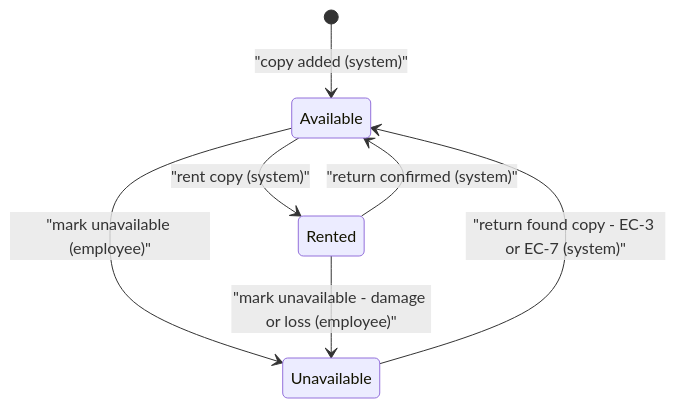
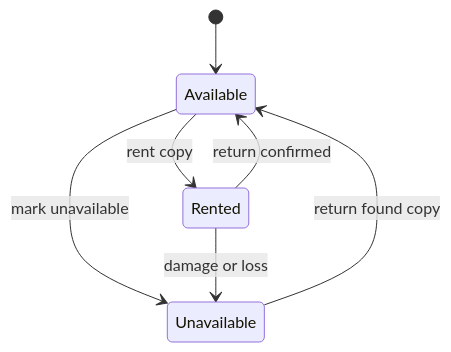
One commit to scaledVideoClub/vc-stage2-vb6 changed the first of 3 diagrams in specs/domain.md. Above: the diagram before and after it, drawn with Mermaid. The commit also changed other lines of this file, not shown here.

First line of the commit message:
fix(specs): rewrite mermaid diagrams to avoid parser failures on GitHub

````diff
--- a/specs/domain.md
+++ b/specs/domain.md
@@ -144,11 +144,13 @@
 ```mermaid
 stateDiagram-v2
-    [*] --> Available : "copy added (system)"
+    state "Available" as Av
+    state "Rented" as Re
+    state "Unavailable" as Un
 
-    Available --> Rented : "rent copy (system)"
-    Rented --> Available : "return confirmed (system)"
-
-    Available --> Unavailable : "mark unavailable (employee)"
-    Rented --> Unavailable : "mark unavailable - damage or loss (employee)"
-    Unavailable --> Available : "return found copy - EC-3 or EC-7 (system)"
+    [*] --> Av
+    Av --> Re : rent copy
+    Re --> Av : return confirmed
+    Av --> Un : mark unavailable
+    Re --> Un : damage or loss
+    Un --> Av : return found copy
 ```
````
